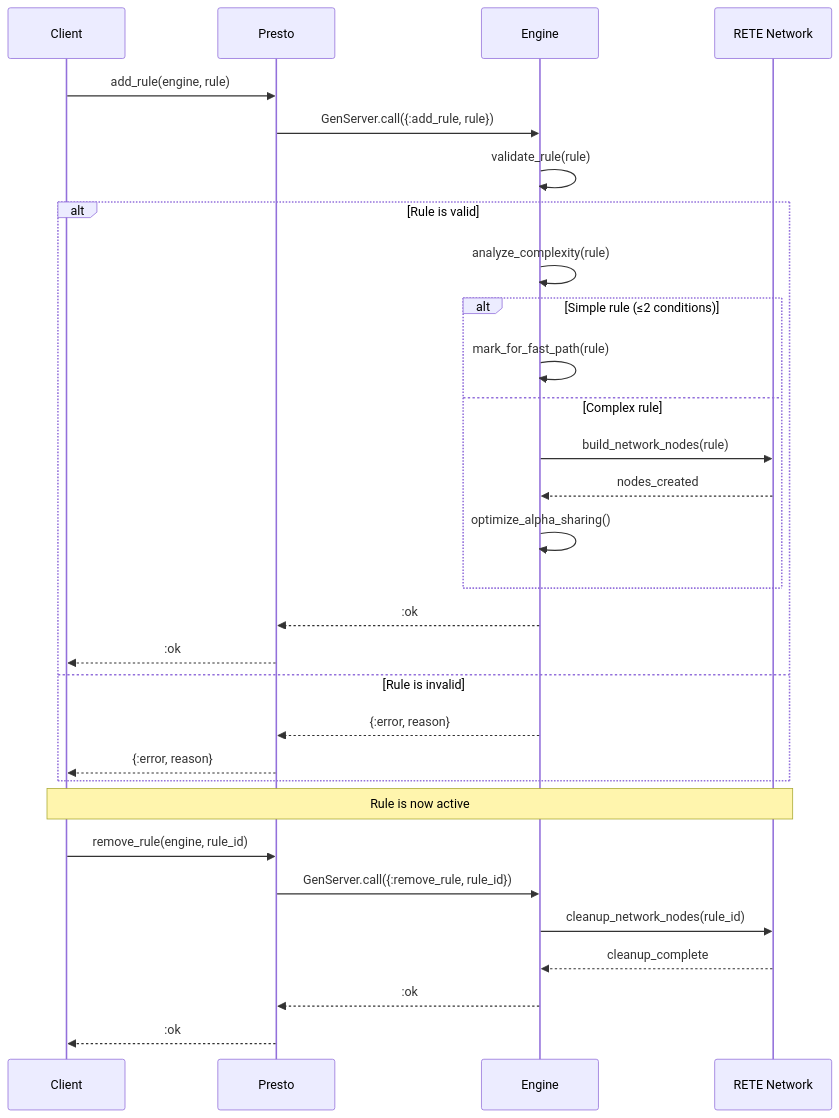
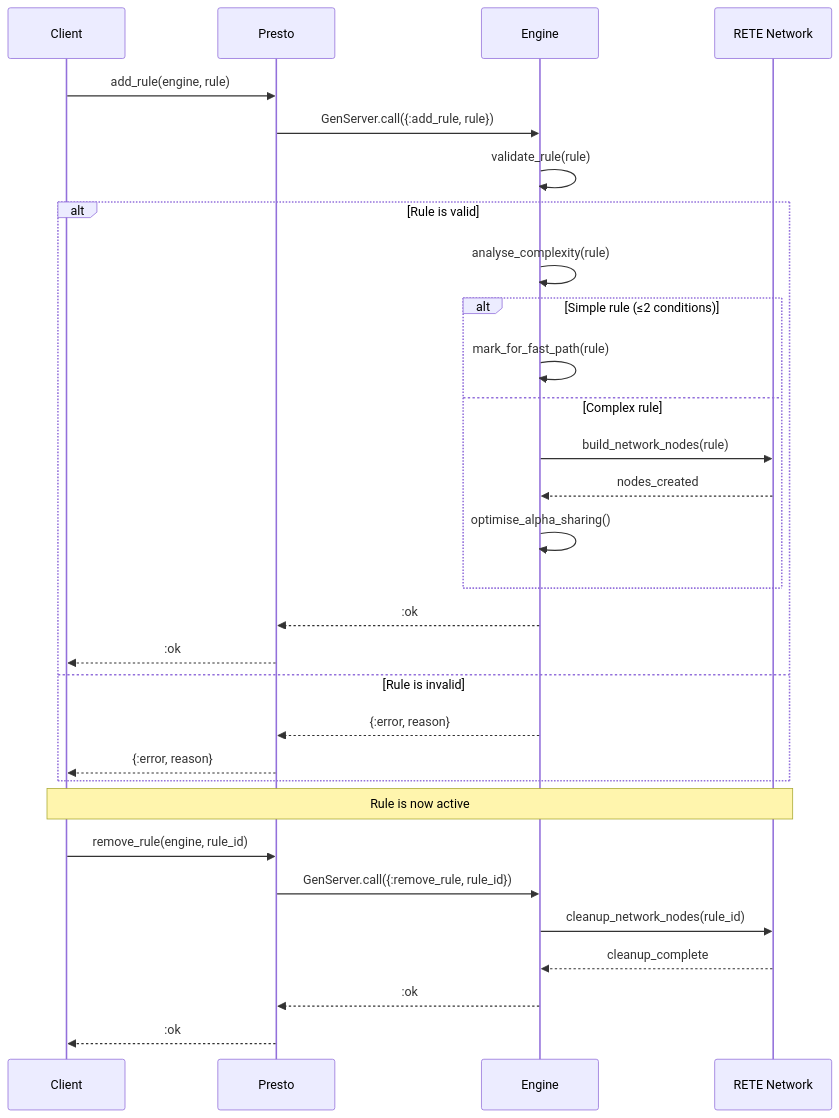
Before and after one commit to hl/presto: the third of 11 diagrams in specs/api_design.md, drawn with Mermaid. The commit also changed other lines of this file and 15 other files, not shown here.

````diff
--- a/specs/api_design.md
+++ b/specs/api_design.md
@@ -152,36 +152,36 @@
 ```mermaid
 sequenceDiagram
     participant Client
     participant Presto
     participant Engine
     participant RETENetwork as RETE Network
     
     Client->>Presto: add_rule(engine, rule)
     Presto->>Engine: GenServer.call({:add_rule, rule})
     Engine->>Engine: validate_rule(rule)
     
     alt Rule is valid
-        Engine->>Engine: analyze_complexity(rule)
+        Engine->>Engine: analyse_complexity(rule)
         alt Simple rule (≤2 conditions)
             Engine->>Engine: mark_for_fast_path(rule)
         else Complex rule
             Engine->>RETENetwork: build_network_nodes(rule)
             RETENetwork-->>Engine: nodes_created
-            Engine->>Engine: optimize_alpha_sharing()
+            Engine->>Engine: optimise_alpha_sharing()
         end
         Engine-->>Presto: :ok
         Presto-->>Client: :ok
     else Rule is invalid
         Engine-->>Presto: {:error, reason}
         Presto-->>Client: {:error, reason}
     end
     
     Note over Client,RETENetwork: Rule is now active
     
     Client->>Presto: remove_rule(engine, rule_id)
     Presto->>Engine: GenServer.call({:remove_rule, rule_id})
     Engine->>RETENetwork: cleanup_network_nodes(rule_id)
     RETENetwork-->>Engine: cleanup_complete
     Engine-->>Presto: :ok
     Presto-->>Client: :ok
 ```
````
